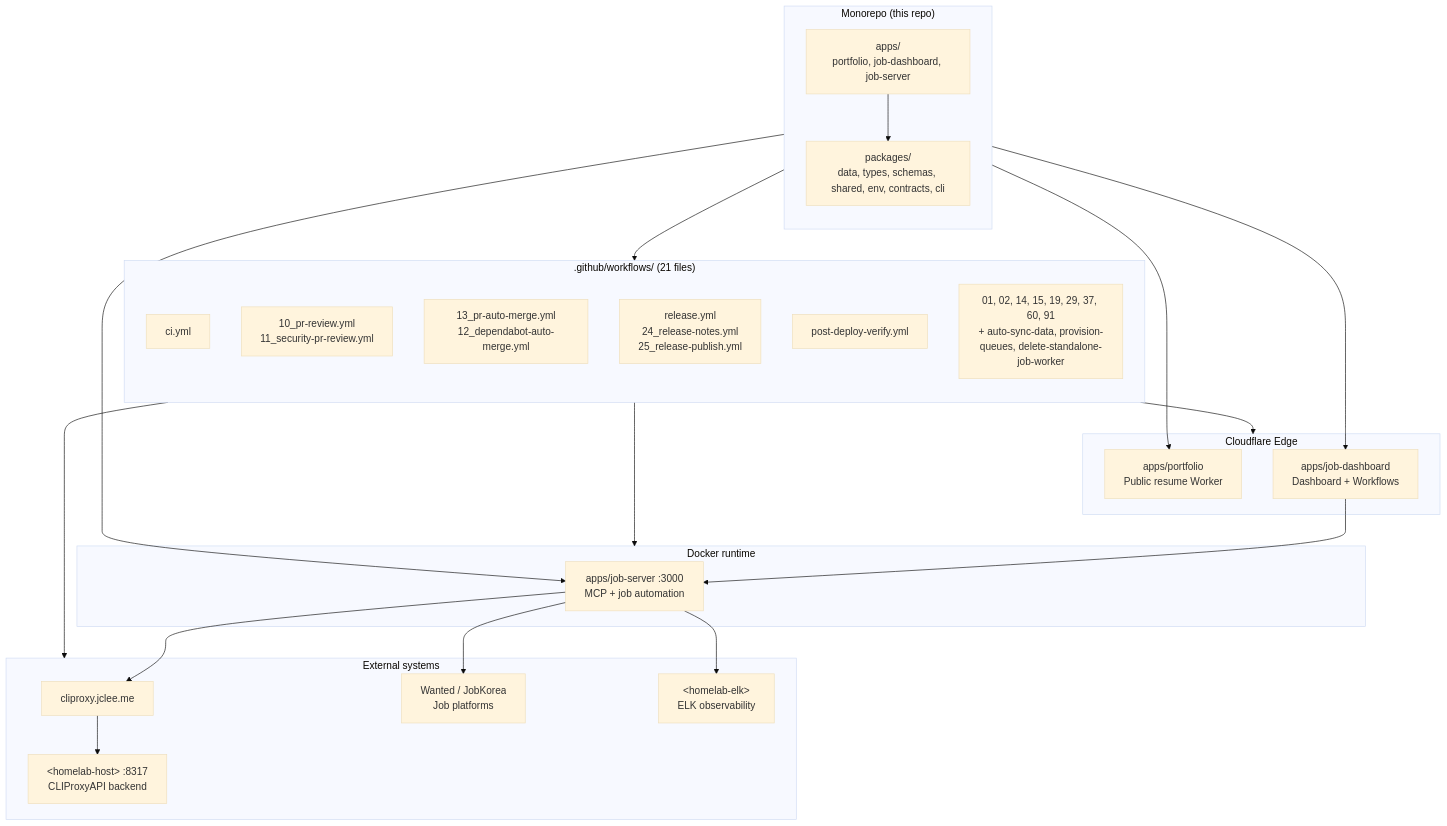
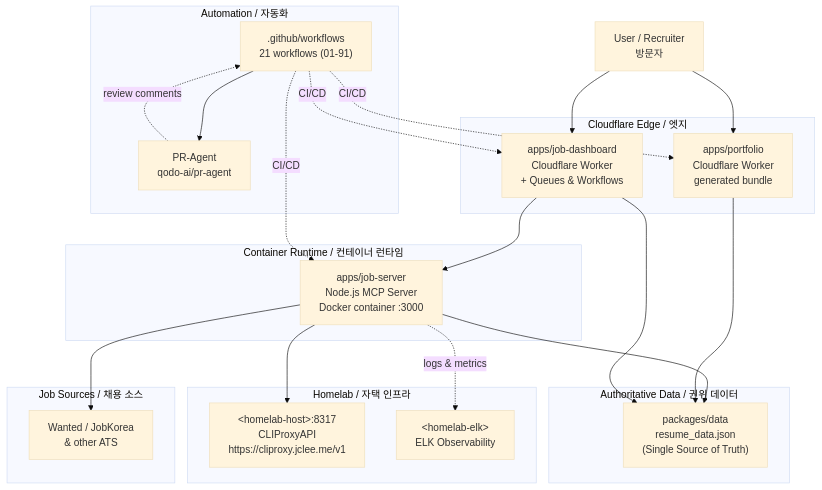
The diagram in README.md (jclee941/resume), drawn with Mermaid (base theme) before and after one commit. The commit also changed other lines of this file, not shown here.

Commit message:
docs: auto-update README.md (#882)

````diff
--- a/README.md
+++ b/README.md
@@ -70,50 +95,46 @@
 ```mermaid
 flowchart TB
-    subgraph MONOREPO["Monorepo (this repo)"]
-        direction TB
-        PKGS["packages/<br/>data, types, schemas, shared, env, contracts, cli"]
-        APPS["apps/<br/>portfolio, job-dashboard, job-server"]
-        APPS --> PKGS
+    User["User / Recruiter<br/>방문자"]
+
+    subgraph EDGE["Cloudflare Edge / 엣지"]
+        Portfolio["apps/portfolio<br/>Cloudflare Worker<br/>generated bundle"]
+        Dashboard["apps/job-dashboard<br/>Cloudflare Worker<br/>+ Queues &amp; Workflows"]
     end
 
-    subgraph CI[".github/workflows/ (21 files)"]
-        direction TB
-        WCI[ci.yml]
-        WPR["10_pr-review.yml<br/>11_security-pr-review.yml"]
-        WAM["13_pr-auto-merge.yml<br/>12_dependabot-auto-merge.yml"]
-        WREL["release.yml<br/>24_release-notes.yml<br/>25_release-publish.yml"]
-        WPV[post-deploy-verify.yml]
-        WOT["01, 02, 14, 15, 19, 29, 37, 60, 91<br/>+ auto-sync-data, provision-queues, delete-standalone-job-worker"]
+    subgraph RUNTIME["Container Runtime / 컨테이너 런타임"]
+        MCPServer["apps/job-server<br/>Node.js MCP Server<br/>Docker container :3000"]
     end
 
-    subgraph EDGE["Cloudflare Edge"]
-        CW1["apps/portfolio<br/>Public resume Worker"]
-        CW2["apps/job-dashboard<br/>Dashboard + Workflows"]
+    subgraph HOMELAB["Homelab / 자택 인프라"]
+        CLIProxy["&lt;homelab-host&gt;:8317<br/>CLIProxyAPI<br/>https://cliproxy.jclee.me/v1"]
+        ELK["&lt;homelab-elk&gt;<br/>ELK Observability"]
     end
 
-    subgraph DR["Docker runtime"]
-        JS["apps/job-server :3000<br/>MCP + job automation"]
+    subgraph DATA["Authoritative Data / 권위 데이터"]
+        SSoT["packages/data<br/>resume_data.json<br/>(Single Source of Truth)"]
     end
 
-    subgraph EXT["External systems"]
-        EP[cliproxy.jclee.me]
-        HL["&lt;homelab-host&gt; :8317<br/>CLIProxyAPI backend"]
-        JB["Wanted / JobKorea<br/>Job platforms"]
-        OBS["&lt;homelab-elk&gt;<br/>ELK observability"]
+    subgraph JOB["Job Sources / 채용 소스"]
+        JobSites["Wanted / JobKorea<br/>&amp; other ATS"]
     end
 
-    MONOREPO --> CI
-    CI --> EDGE
-    CI --> DR
-    WPV --> EXT
+    subgraph AUTO["Automation / 자동화"]
+        Actions[".github/workflows<br/>21 workflows (01-91)"]
+        PRAgent["PR-Agent<br/>qodo-ai/pr-agent"]
+    end
 
-    APPS --> CW1
-    APPS --> CW2
-    APPS --> JS
-
-    JS --> EP
-    EP --> HL
-    JS --> JB
-    JS --> OBS
-    CW2 --> JS
+    User --> Portfolio
+    User --> Dashboard
+    Dashboard --> MCPServer
+    MCPServer --> CLIProxy
+    MCPServer --> JobSites
+    MCPServer --> SSoT
+    MCPServer -. logs &amp; metrics .-> ELK
+    Portfolio --> SSoT
+    Dashboard --> SSoT
+    Actions -. CI/CD .-> Portfolio
+    Actions -. CI/CD .-> Dashboard
+    Actions -. CI/CD .-> MCPServer
+    Actions --> PRAgent
+    PRAgent -. review comments .-> Actions
 ```
````
